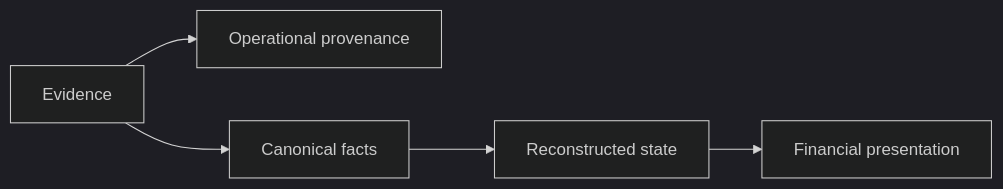
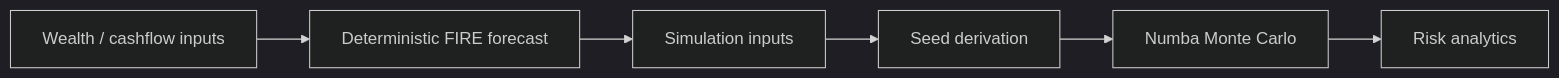
One commit to tks18/personal-finance-etl changed diagram 12 of 16 in docs/architecture/system-architecture.md. Above: the diagram before and after it, drawn with Mermaid (dark theme). The commit also changed other lines of this file and 10 other files, not shown here.

Commit message:
docs: update docs/architecture for latest version

````diff
--- a/docs/architecture/system-architecture.md
+++ b/docs/architecture/system-architecture.md
@@ -563,7 +386,8 @@
 ```mermaid
 flowchart LR
-    SOURCE[Evidence] --> CP[Operational provenance]
-    SOURCE --> CANON[Canonical facts]
-    CANON --> RECON[Reconstructed state]
-    RECON --> PRESENT[Financial presentation]
+    W[Wealth / cashflow inputs] --> D[Deterministic FIRE forecast]
+    D --> I[Simulation inputs]
+    I --> S[Seed derivation]
+    S --> MC[Numba Monte Carlo]
+    MC --> R[Risk analytics]
 ```
````
